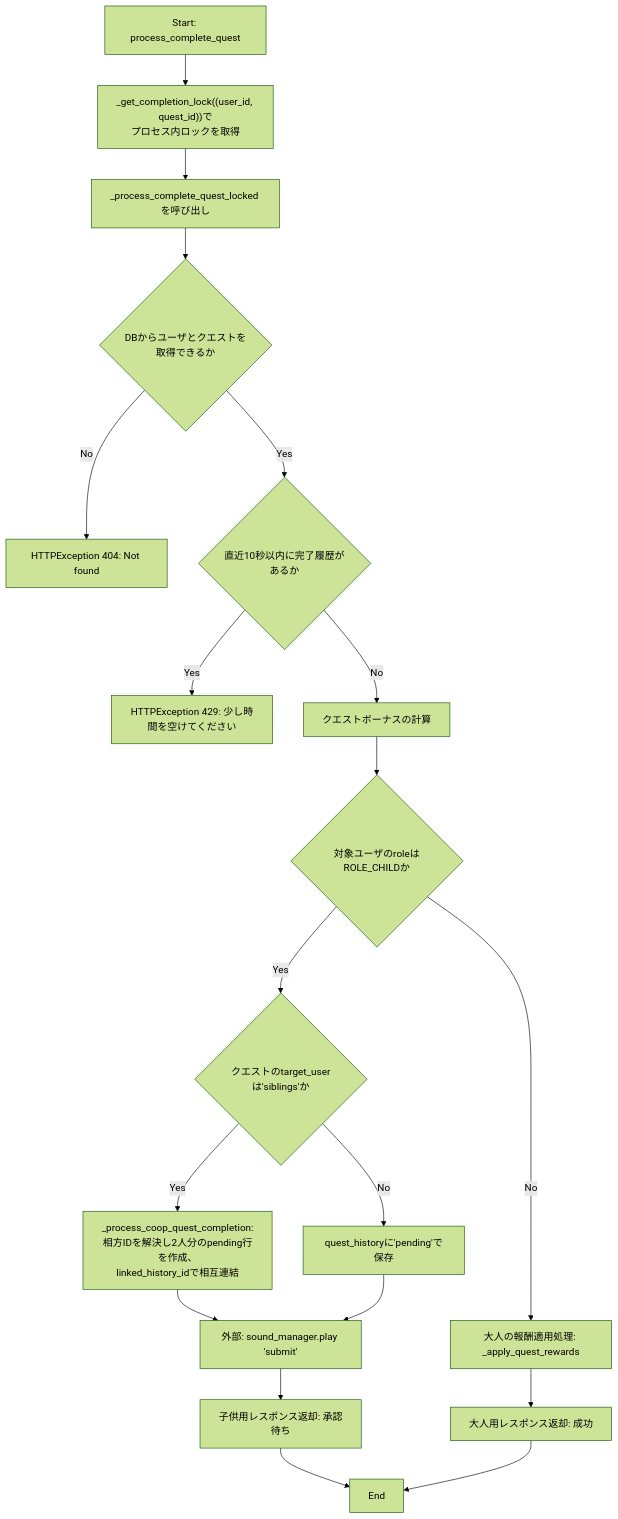
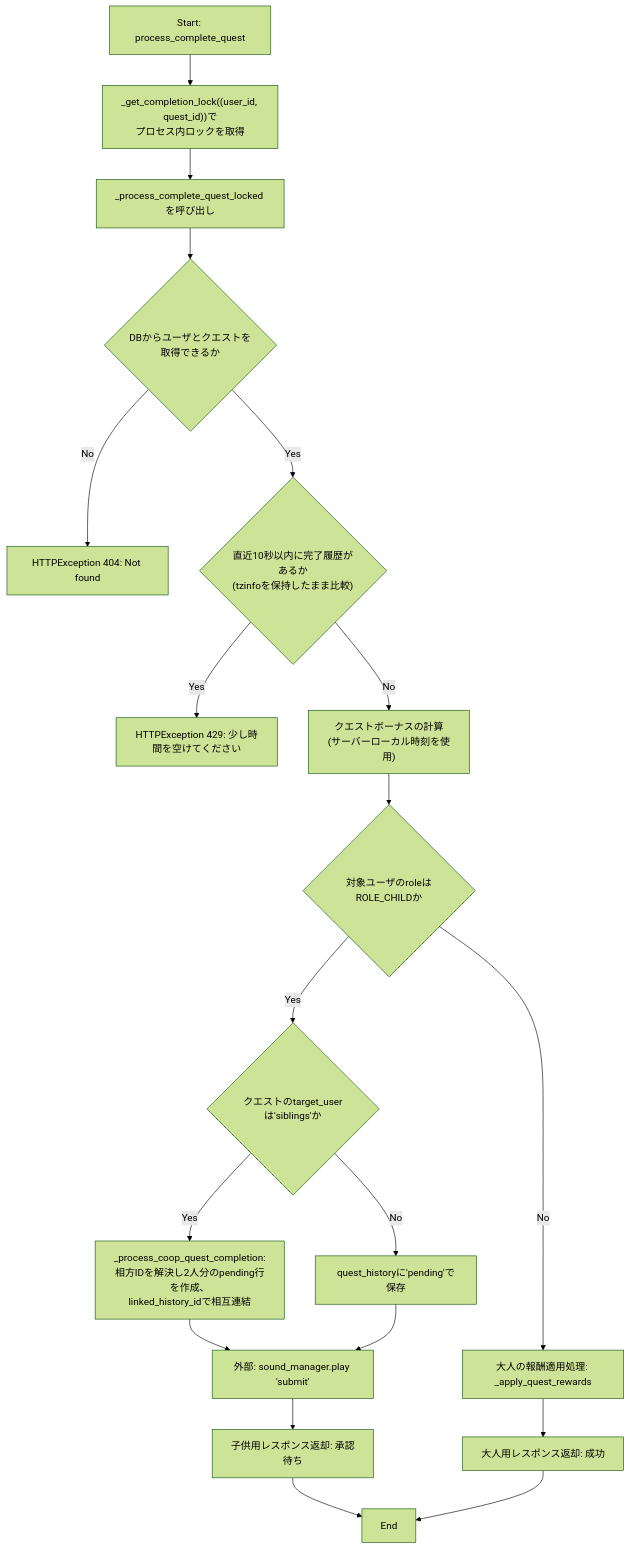
The first of 3 diagrams in docs/specifications/MY_HOME_SYSTEM/quest_service.md (mmtigers/my_python_project), drawn with Mermaid (forest theme) before and after one commit. The commit also changed other lines of this file and 65 other files, not shown here.

````diff
--- a/docs/specifications/MY_HOME_SYSTEM/quest_service.md
+++ b/docs/specifications/MY_HOME_SYSTEM/quest_service.md
@@ -759,24 +473,24 @@
 ```mermaid
 flowchart TD
     Start[Start: process_complete_quest] --> AcquireLock["_get_completion_lock((user_id, quest_id))で<br>プロセス内ロックを取得"]
     AcquireLock --> CallLocked["_process_complete_quest_locked を呼び出し"]
     CallLocked --> DB_Select{"DBからユーザとクエストを取得できるか"}
     DB_Select -- No --> Err404[HTTPException 404: Not found]
-    DB_Select -- Yes --> SpamCheck{"直近10秒以内に完了履歴があるか"}
+    DB_Select -- Yes --> SpamCheck{"直近10秒以内に完了履歴があるか<br>(tzinfoを保持したまま比較)"}
     SpamCheck -- Yes --> Err429[HTTPException 429: 少し時間を空けてください]
-    SpamCheck -- No --> CalcBoost[クエストボーナスの計算]
+    SpamCheck -- No --> CalcBoost["クエストボーナスの計算<br>(サーバーローカル時刻を使用)"]
     CalcBoost --> CheckChild{"対象ユーザのroleはROLE_CHILDか"}
 
     CheckChild -- Yes --> CheckSiblings{"クエストのtarget_userは'siblings'か"}
     CheckSiblings -- Yes --> CoopFlow["_process_coop_quest_completion:<br>相方IDを解決し2人分のpending行を作成、<br>linked_history_idで相互連結"]
     CoopFlow --> PlaySoundSubmit
-    CheckSiblings -- No --> InsertPending[quest_historyに'pending'で保存]
-    InsertPending --> PlaySoundSubmit[外部: sound_manager.play 'submit']
+    CheckSiblings -- No --> InsertPending["quest_historyに'pending'で保存"]
+    InsertPending --> PlaySoundSubmit["外部: sound_manager.play 'submit'"]
     PlaySoundSubmit --> ReturnPending[子供用レスポンス返却: 承認待ち]
     ReturnPending --> End
 
-    CheckChild -- No --> ApplyReward[大人の報酬適用処理: _apply_quest_rewards]
+    CheckChild -- No --> ApplyReward["大人の報酬適用処理: _apply_quest_rewards"]
     ApplyReward --> ReturnAdult[大人用レスポンス返却: 成功]
     ReturnAdult --> End
 
 ```
````
